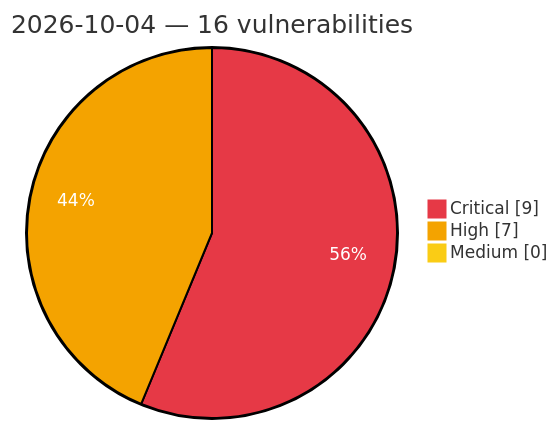
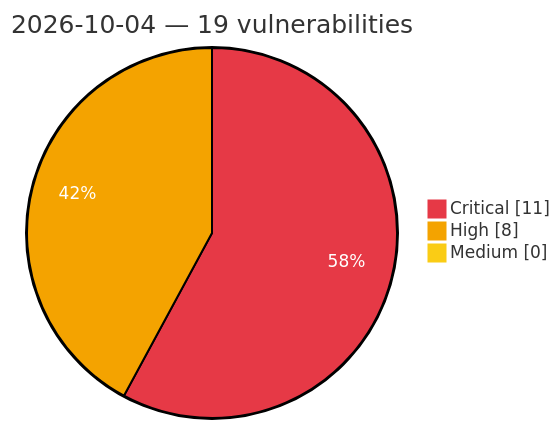
Before and after one commit to GhostX0X/vuln-tracker: the diagram in vulnerabilities/2026/October/2026-10-04.md, drawn with Mermaid. The commit also changed other lines of this file and 5 other files, not shown here.

Commit message:
Auto update: critical/high vulns (2026-10-04 20:51 UTC)

````diff
--- a/vulnerabilities/2026/October/2026-10-04.md
+++ b/vulnerabilities/2026/October/2026-10-04.md
@@ -3,8 +3,8 @@
 ```mermaid
 %%{init: {'theme':'base', 'themeVariables': {'pie1':'#e63946', 'pie2':'#f4a300', 'pie3':'#facc15', 'pieOpacity':'1', 'pieOuterStrokeWidth':'2px', 'pieSectionTextColor':'#ffffff'}}}%%
 pie showData
-    title 2026-10-04 — 16 vulnerabilities
-    "Critical" : 9
-    "High" : 7
+    title 2026-10-04 — 19 vulnerabilities
+    "Critical" : 11
+    "High" : 8
     "Medium" : 0
 ```
````
